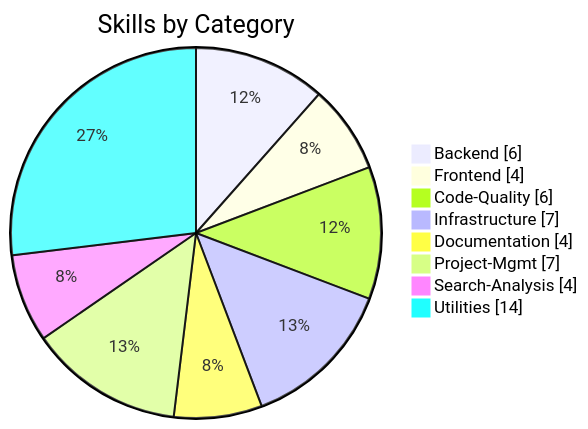
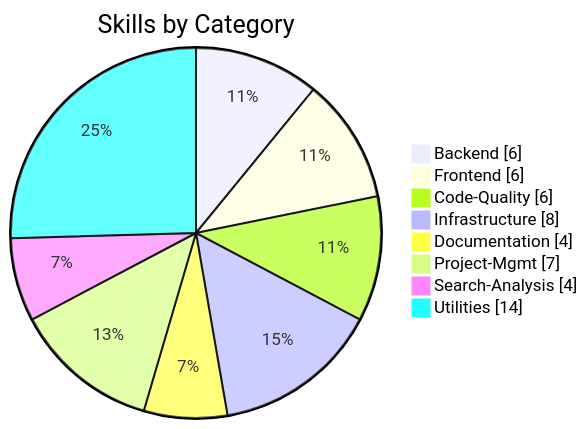
Before and after one commit to supercent-io/skills-template: the second of 2 diagrams in README.md, drawn with Mermaid. The commit also changed other lines of this file and 11 other files, not shown here.

````diff
--- a/README.md
+++ b/README.md
@@ -272,12 +272,12 @@
 ```mermaid
 pie showData
     title Skills by Category
     "Backend" : 6
-    "Frontend" : 4
+    "Frontend" : 6
     "Code-Quality" : 6
-    "Infrastructure" : 7
+    "Infrastructure" : 8
     "Documentation" : 4
     "Project-Mgmt" : 7
     "Search-Analysis" : 4
     "Utilities" : 14
 ```
````
